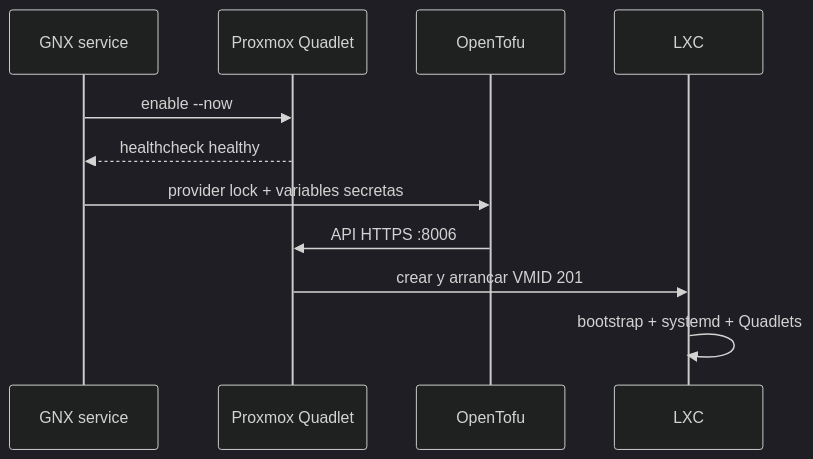
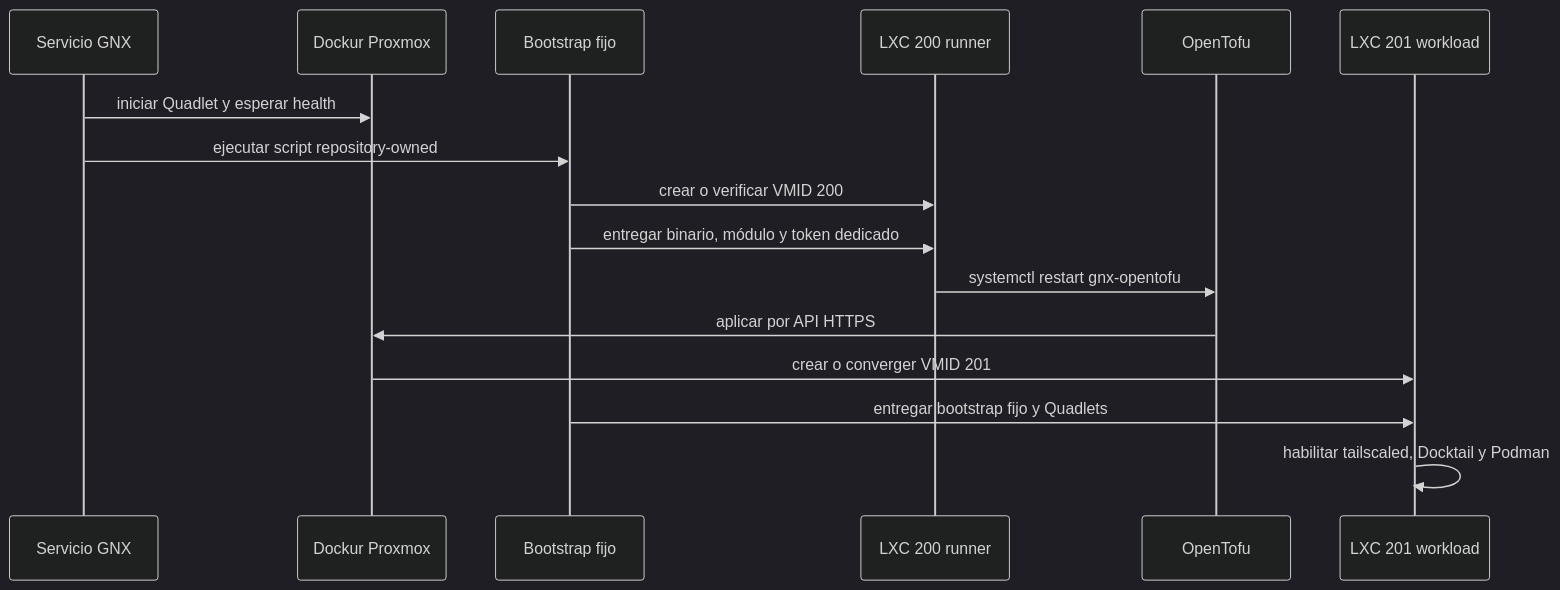
Before and after one commit to mayas-alas/quetzalcoatl: the fourth of 4 diagrams in docs/architecture.md, drawn with Mermaid (dark theme). The commit also changed other lines of this file and 4 other files, not shown here.

Commit message:
docs: publish MVP architecture build guide and tracker

````diff
--- a/docs/architecture.md
+++ b/docs/architecture.md
@@ -138,14 +109,19 @@
 ```mermaid
 sequenceDiagram
-    participant G as GNX service
-    participant P as Proxmox Quadlet
+    participant G as Servicio GNX
+    participant P as Dockur Proxmox
+    participant B as Bootstrap fijo
+    participant R as LXC 200 runner
     participant T as OpenTofu
-    participant L as LXC
+    participant W as LXC 201 workload
 
-    G->>P: enable --now
-    P-->>G: healthcheck healthy
-    G->>T: provider lock + variables secretas
-    T->>P: API HTTPS :8006
-    P->>L: crear y arrancar VMID 201
-    L->>L: bootstrap + systemd + Quadlets
+    G->>P: iniciar Quadlet y esperar health
+    G->>B: ejecutar script repository-owned
+    B->>R: crear o verificar VMID 200
+    B->>R: entregar binario, módulo y token dedicado
+    R->>T: systemctl restart gnx-opentofu
+    T->>P: aplicar por API HTTPS
+    P->>W: crear o converger VMID 201
+    B->>W: entregar bootstrap fijo y Quadlets
+    W->>W: habilitar tailscaled, Docktail y Podman
 ```
````
